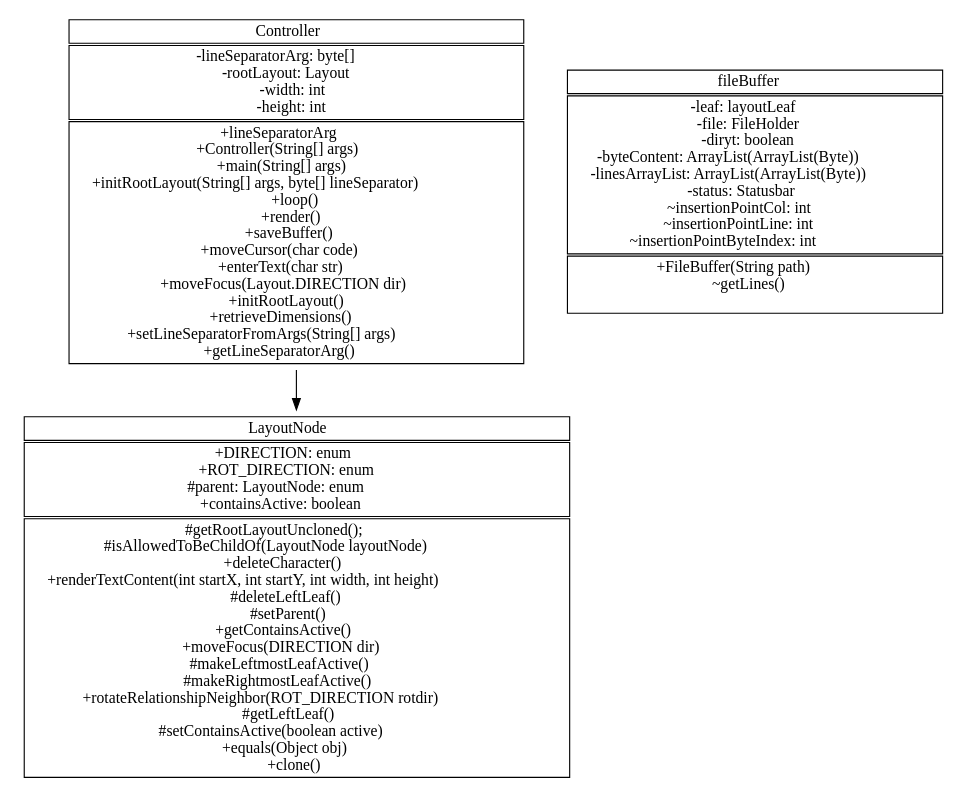
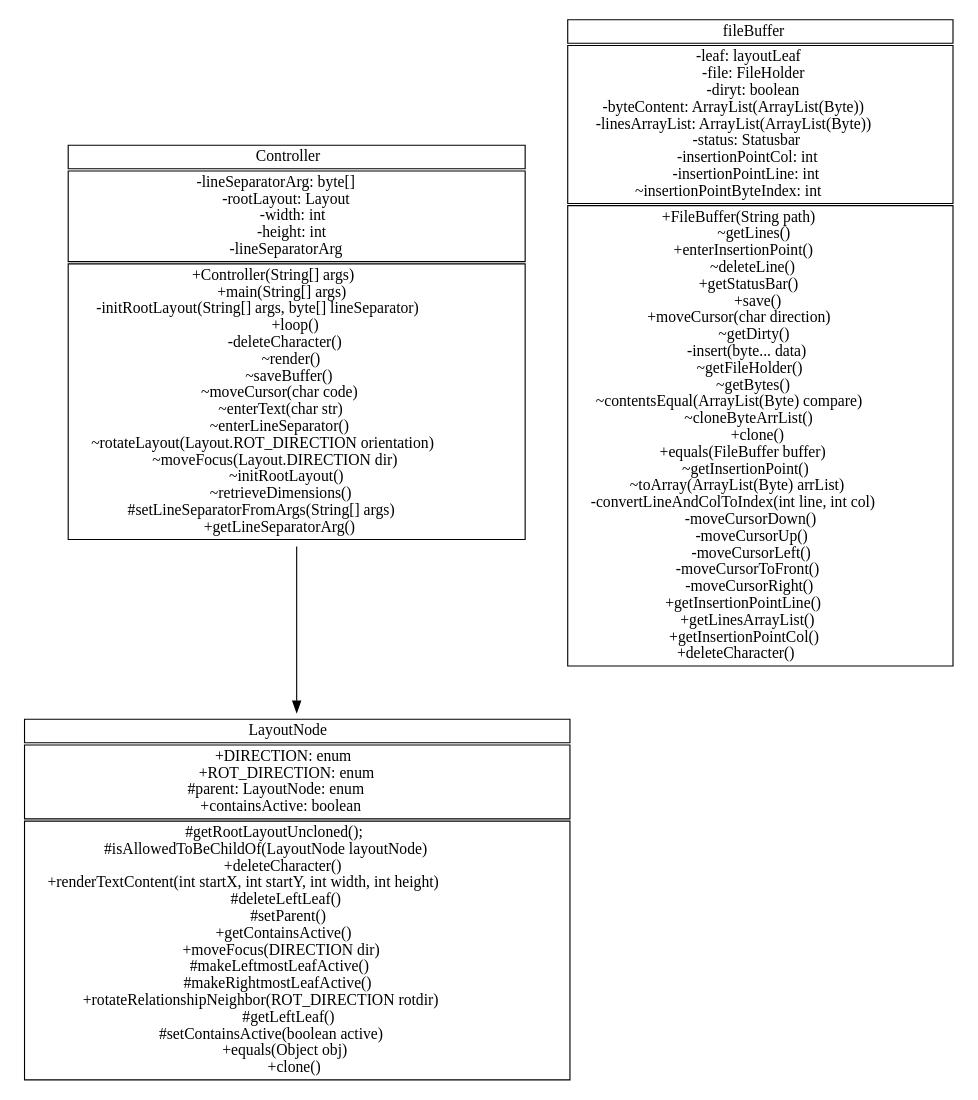
Before and after one commit to mikolaj33300/swop_textr: the diagram in diagrams/iteration1/class.dot, drawn with Graphviz. The commit also changed 1 other file, not shown here.

```diff
--- a/diagrams/iteration1/class.dot
+++ b/diagrams/iteration1/class.dot
@@ -1,67 +1,94 @@
 digraph {
   node[shape=none]
 
   Layout[label=<<table BORDER="0" CELLBORDER="1">
     <tr><td>LayoutNode</td></tr>
     <tr><td>+DIRECTION: enum<br/>
       +ROT_DIRECTION: enum<br/>
       #parent: LayoutNode: enum<br/>
       +containsActive: boolean</td></tr>
     <tr><td>#getRootLayoutUncloned();<br/>
       #isAllowedToBeChildOf(LayoutNode layoutNode)<br/>
       +deleteCharacter()<br/>
       +renderTextContent(int startX, int startY, int width, int height)<br/>
       #deleteLeftLeaf()<br/>
       #setParent()<br/>
       +getContainsActive()<br/>
       +moveFocus(DIRECTION dir)<br/>
       #makeLeftmostLeafActive()<br/>
       #makeRightmostLeafActive()<br/>
       +rotateRelationshipNeighbor(ROT_DIRECTION rotdir)<br/>
       #getLeftLeaf()<br/>
       #setContainsActive(boolean active)<br/>
       +equals(Object obj)<br/>
       +clone()</td></tr>
     </table>>]
 
   fileBuffer[label=<<table BORDER="0" CELLBORDER="1">
     <tr><td>fileBuffer</td></tr>
     <tr><td>-leaf: layoutLeaf<br/>
       -file: FileHolder<br/>
       -diryt: boolean<br/>
       -byteContent: ArrayList(ArrayList(Byte))<br/>
       -linesArrayList: ArrayList(ArrayList(Byte))<br/>
       -status: Statusbar<br/>
-      ~insertionPointCol: int<br/>
-      ~insertionPointLine: int<br/>
+      -insertionPointCol: int<br/>
+      -insertionPointLine: int<br/>
       ~insertionPointByteIndex: int
     </td></tr>
     <tr><td>+FileBuffer(String path)<br/>
       ~getLines()<br/>
+      +enterInsertionPoint()<br/>
+      ~deleteLine()<br/>
+      +getStatusBar()<br/>
+      +save()<br/>
+      +moveCursor(char direction)<br/>
+      ~getDirty()<br/>
+      -insert(byte... data)<br/>
+      ~getFileHolder()<br/>
+      ~getBytes()<br/>
+      ~contentsEqual(ArrayList(Byte) compare)<br/>
+      ~cloneByteArrList()<br/>
+      +clone()<br/>
+      +equals(FileBuffer buffer)<br/>
+      ~getInsertionPoint()<br/>
+      ~toArray(ArrayList(Byte) arrList)<br/>
+      -convertLineAndColToIndex(int line, int col)<br/>
+      -moveCursorDown()<br/>
+      -moveCursorUp()<br/>
+      -moveCursorLeft()<br/>
+      -moveCursorToFront()<br/>
+      -moveCursorRight()<br/>
+      +getInsertionPointLine()<br/>
+      +getLinesArrayList()<br/>
+      +getInsertionPointCol()<br/>
+      +deleteCharacter()
     </td></tr>
     </table>>]
 
   controller[label=<<table BORDER="0" CELLBORDER="1">
     <tr><td>Controller</td></tr>
     <tr><td>-lineSeparatorArg: byte[]<br/>
       -rootLayout: Layout<br/>
       -width: int<br/>
-      -height: int</td></tr>
-    <tr><td>+lineSeparatorArg<br/>
-      +Controller(String[] args)<br/>
+      -height: int<br/>
+      -lineSeparatorArg</td></tr>
+    <tr><td>+Controller(String[] args)<br/>
       +main(String[] args)<br/>
-      +initRootLayout(String[] args, byte[] lineSeparator)<br/>
+      -initRootLayout(String[] args, byte[] lineSeparator)<br/>
       +loop()<br/>
-      +render()<br/>
-      +saveBuffer()<br/>
-      +moveCursor(char code)<br/>
-      +enterText(char str)<br/>
-      <!--+enterLineSeparator()<br/>-->
-      +moveFocus(Layout.DIRECTION dir)<br/>
-      +initRootLayout()<br/>
-      +retrieveDimensions()<br/>
-      +setLineSeparatorFromArgs(String[] args)<br/>
+      -deleteCharacter()<br/>
+      ~render()<br/>
+      ~saveBuffer()<br/>
+      ~moveCursor(char code)<br/>
+      ~enterText(char str)<br/>
+      ~enterLineSeparator()<br/>
+      ~rotateLayout(Layout.ROT_DIRECTION orientation)<br/>
+      ~moveFocus(Layout.DIRECTION dir)<br/>
+      ~initRootLayout()<br/>
+      ~retrieveDimensions()<br/>
+      #setLineSeparatorFromArgs(String[] args)<br/>
       +getLineSeparatorArg()</td></tr>
     </table>>]
   controller -> Layout
 }
```
